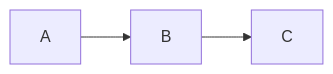
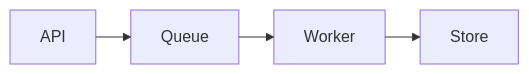
Before and after one commit to basidiocarp/lamella: the second of 4 diagrams in resources/skills/tools/mermaid-diagrams/references/advanced-features.md, drawn with Mermaid. The commit also changed other lines of this file and 1251 other files, not shown here.

````diff
--- a/resources/skills/tools/mermaid-diagrams/references/advanced-features.md
+++ b/resources/skills/tools/mermaid-diagrams/references/advanced-features.md
@@ -130,8 +34,11 @@
 ```mermaid
 ---
 config:
+  layout: elk
   look: classic
 ---
 flowchart LR
-    A --> B --> C
+  API --> Queue
+  Queue --> Worker
+  Worker --> Store
 ```
````
